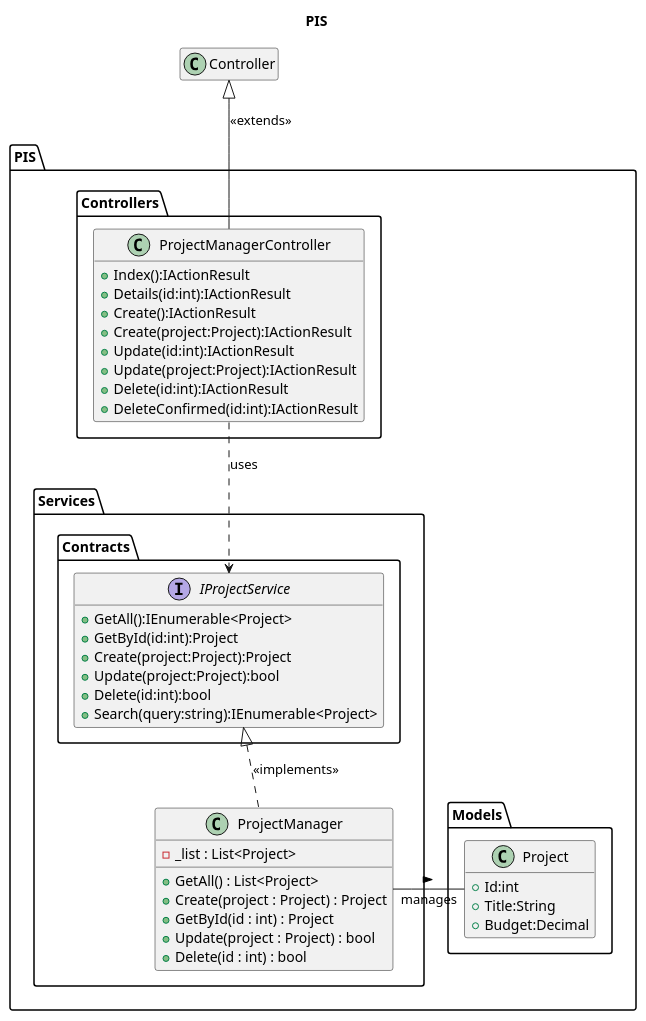
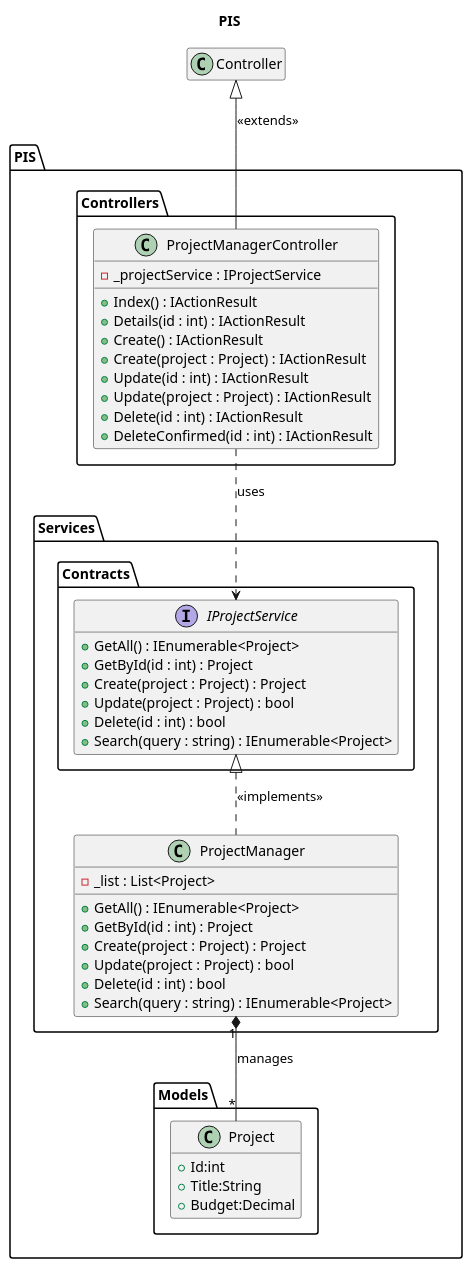
The diagram in UMLs/PIS.wsd (zcomert/project-information-system), drawn with PlantUML before and after one commit. The commit also changed 3 other files, not shown here.

```diff
--- a/UMLs/PIS.wsd
+++ b/UMLs/PIS.wsd
@@ -1,62 +1,64 @@
 @startuml
 title PIS
 
 package PIS.Models
 {
     class Project
     {
         +Id:int
         +Title:String
         +Budget:Decimal
     }
 }
 
 package PIS.Controllers 
 {
     class ProjectManagerController{
-        +Index():IActionResult
-        +Details(id:int):IActionResult
-        +Create():IActionResult
-        +Create(project:Project):IActionResult
-        +Update(id:int):IActionResult
-        +Update(project:Project):IActionResult
-        +Delete(id:int):IActionResult
-        +DeleteConfirmed(id:int):IActionResult
+        - _projectService : IProjectService
+        + Index() : IActionResult
+        + Details(id : int) : IActionResult
+        + Create() : IActionResult
+        + Create(project : Project) : IActionResult
+        + Update(id : int) : IActionResult
+        + Update(project : Project) : IActionResult
+        + Delete(id : int) : IActionResult
+        + DeleteConfirmed(id : int) : IActionResult
     }
 }
 
 package PIS.Services
 {
     class ProjectManager
     {
         - _list : List<Project>
-        + GetAll() : List<Project>
+        + GetAll() : IEnumerable<Project>
+        + GetById(id : int) : Project
         + Create(project : Project) : Project
-        + GetById(id : int) : Project
         + Update(project : Project) : bool
         + Delete(id : int) : bool
+        + Search(query : string) : IEnumerable<Project>
     }
 }
 
 package PIS.Services.Contracts
 {
     interface IProjectService
     {
-        +GetAll():IEnumerable<Project>
-        +GetById(id:int):Project
-        +Create(project:Project):Project
-        +Update(project:Project):bool
-        +Delete(id:int):bool
-        +Search(query:string):IEnumerable<Project>
+        + GetAll() : IEnumerable<Project>
+        + GetById(id : int) : Project
+        + Create(project : Project) : Project
+        + Update(project : Project) : bool
+        + Delete(id : int) : bool
+        + Search(query : string) : IEnumerable<Project>
     }
 }
 
 class Controller{}
 
-ProjectManager - Project : > "manages"
+ProjectManager "1" *-- "*" Project : manages
 ProjectManagerController -up-|> Controller : "<<extends>>"
 ProjectManagerController ..> IProjectService : "uses"
 ProjectManager .up.|> IProjectService : "<<implements>>"
 
 hide empty members
 @enduml
```
